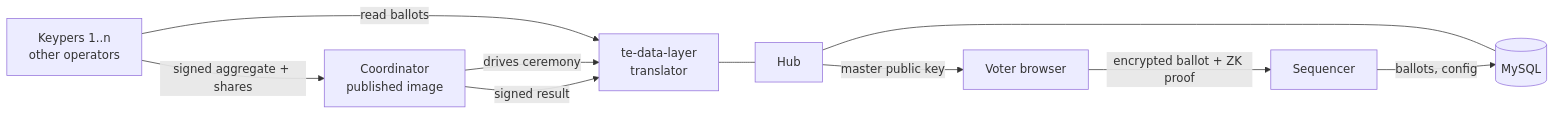
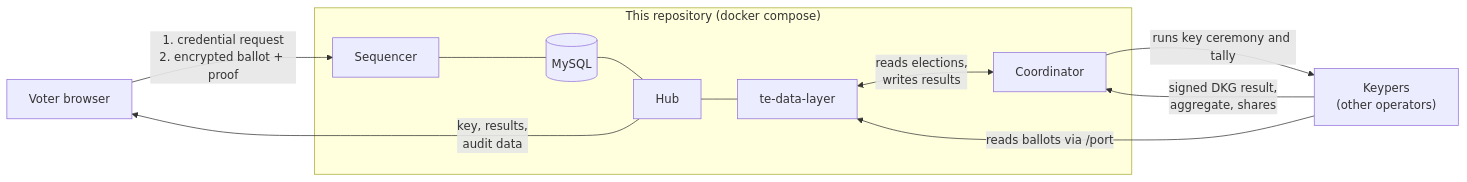
The diagram in docs/private-voting/README.md (snapshot-labs/sx-monorepo), drawn with Mermaid before and after one commit. The commit also changed other lines of this file and 42 other files, not shown here.

````diff
--- a/docs/private-voting/README.md
+++ b/docs/private-voting/README.md
@@ -42,12 +42,24 @@
 ```mermaid
 flowchart LR
-    A[Voter browser] -->|encrypted ballot + ZK proof| S[Sequencer]
-    S -->|ballots, config| DB[(MySQL)]
-    H[Hub] --- DB
-    H -->|master public key| A
-    L[te-data-layer<br/>translator] --- H
-    C[Coordinator<br/>published image] -->|drives ceremony| L
-    K[Keypers 1..n<br/>other operators] -->|read ballots| L
-    K -->|signed aggregate + shares| C
-    C -->|signed result| L
+    B["Voter browser"]
+
+    subgraph repo["This repository (docker compose)"]
+        S["Sequencer"]
+        DB[("MySQL")]
+        H["Hub"]
+        T["te-data-layer"]
+        C["Coordinator"]
+        S --- DB
+        DB --- H
+        H --- T
+        T <-->|"reads elections,<br/>writes results"| C
+    end
+
+    K["Keypers<br/>(other operators)"]
+
+    B -->|"1. credential request<br/>2. encrypted ballot + proof"| S
+    H -->|"key, results,<br/>audit data"| B
+    K -->|"reads ballots via /port"| T
+    C -->|"runs key ceremony and tally"| K
+    K -->|"signed DKG result,<br/>aggregate, shares"| C
 ```
````
